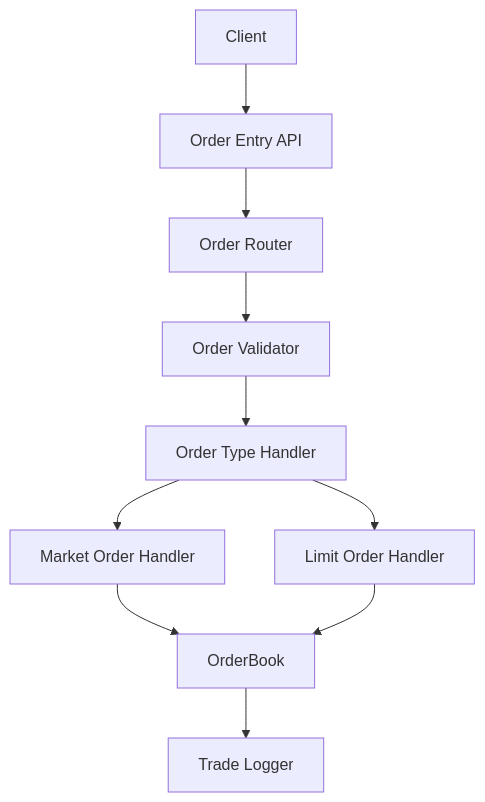
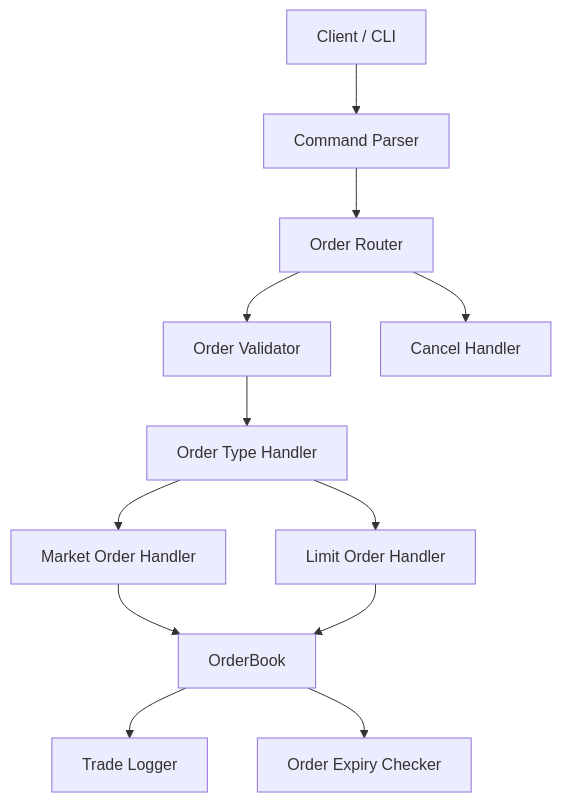
The diagram in README.md (vishaljha2121/TradingEngine), drawn with Mermaid before and after one commit. The commit also changed other lines of this file, not shown here.

````diff
--- a/README.md
+++ b/README.md
@@ -56,12 +100,14 @@
 ```mermaid
 flowchart TD
-    A[Client] --> B[Order Entry API]
+    A[Client / CLI] --> B[Command Parser]
     B --> C[Order Router]
     C --> D[Order Validator]
     D --> E[Order Type Handler]
     E --> F1[Market Order Handler]
     E --> F2[Limit Order Handler]
     F1 --> G[OrderBook]
     F2 --> G
+    C --> X[Cancel Handler]
     G --> H[Trade Logger]
+    G --> Y[Order Expiry Checker]
 ```
````
